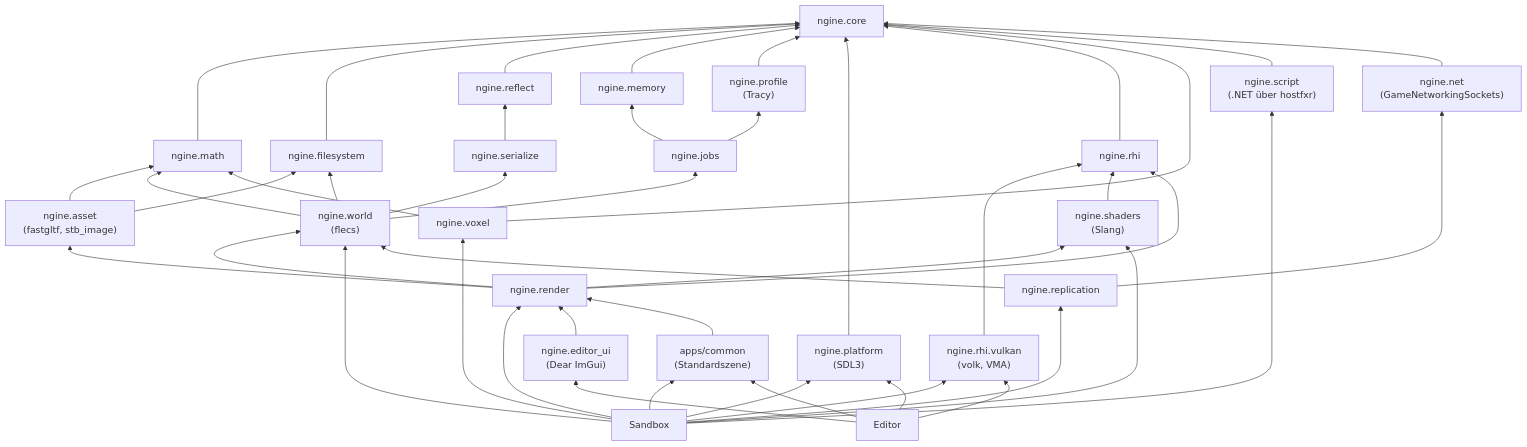
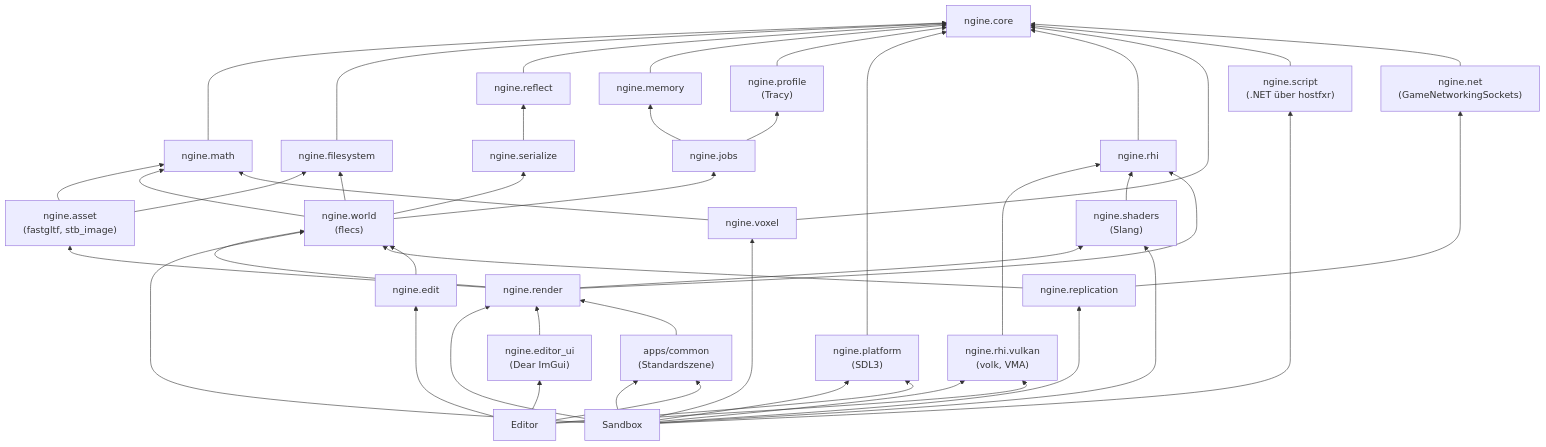
The second of 14 diagrams in docs/architecture.md (viiez/ngine), drawn with Mermaid before and after one commit. The commit also changed other lines of this file and 10 other files, not shown here.

````diff
--- a/docs/architecture.md
+++ b/docs/architecture.md
@@ -52,69 +53,72 @@
 ```mermaid
 flowchart BT
     core["ngine.core"]
     memory["ngine.memory"]
     jobs["ngine.jobs"]
     profile["ngine.profile<br/>(Tracy)"]
     platform["ngine.platform<br/>(SDL3)"]
     rhi["ngine.rhi"]
     vulkan["ngine.rhi.vulkan<br/>(volk, VMA)"]
     shaders["ngine.shaders<br/>(Slang)"]
     fs["ngine.filesystem"]
     reflect["ngine.reflect"]
     serialize["ngine.serialize"]
     world["ngine.world<br/>(flecs)"]
     voxel["ngine.voxel"]
     script["ngine.script<br/>(.NET über hostfxr)"]
     net["ngine.net<br/>(GameNetworkingSockets)"]
     replication["ngine.replication"]
     sandbox["Sandbox"]
     editor["Editor"]
     common["apps/common<br/>(Standardszene)"]
     editor_ui["ngine.editor_ui<br/>(Dear ImGui)"]
+    edit["ngine.edit"]
     math["ngine.math"]
     render["ngine.render"]
     asset["ngine.asset<br/>(fastgltf, stb_image)"]
     math --> core
     asset --> math
     asset --> fs
     render --> asset
     render --> world
     render --> shaders
     world --> math
     voxel --> math
     fs --> core
     reflect --> core
     serialize --> reflect
     world --> serialize
     world --> jobs
     world --> fs
     memory --> core
     jobs --> memory
     jobs --> profile
     profile --> core
     platform --> core
     rhi --> core
     vulkan --> rhi
     shaders --> rhi
     render --> rhi
     sandbox --> render
     sandbox --> platform
     sandbox --> vulkan
     sandbox --> shaders
     sandbox --> world
     voxel --> core
     sandbox --> voxel
     script --> core
     sandbox --> script
     net --> core
     replication --> net
     replication --> world
     sandbox --> replication
     editor_ui --> render
     sandbox --> common
     editor --> common
     common --> render
     editor --> editor_ui
+    editor --> edit
+    edit --> world
     editor --> platform
     editor --> vulkan
 ```
````
